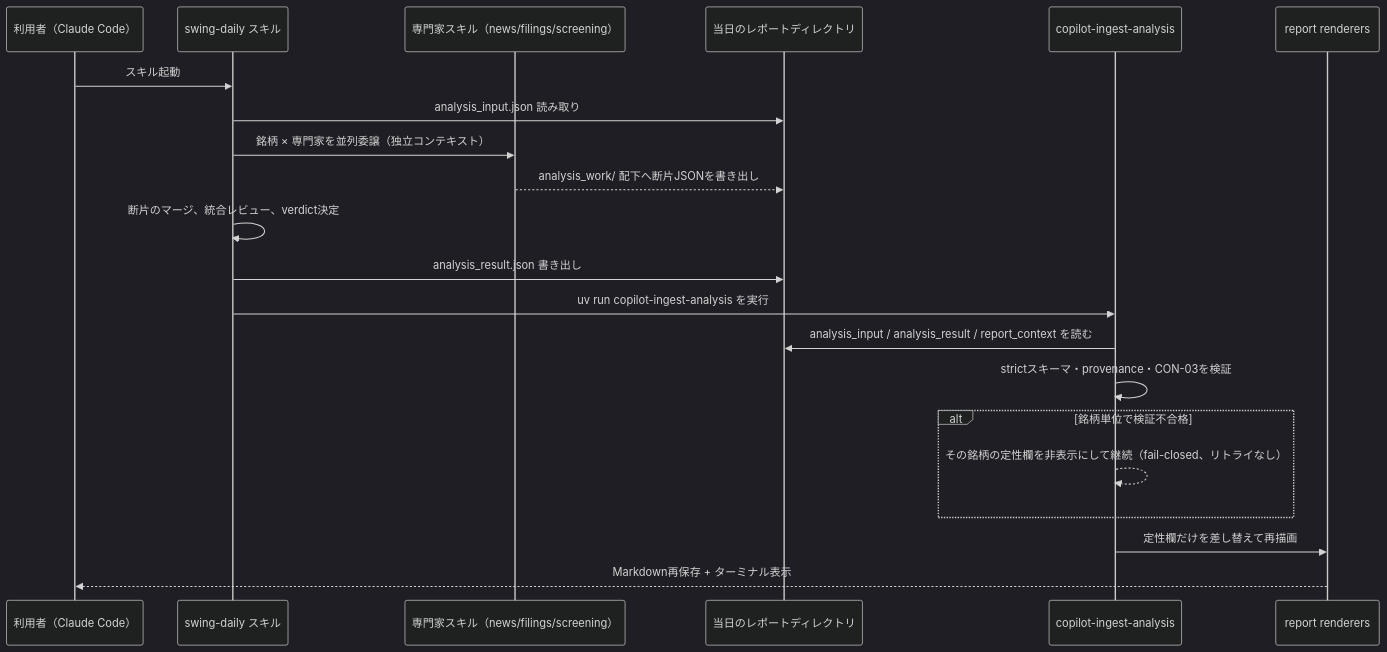
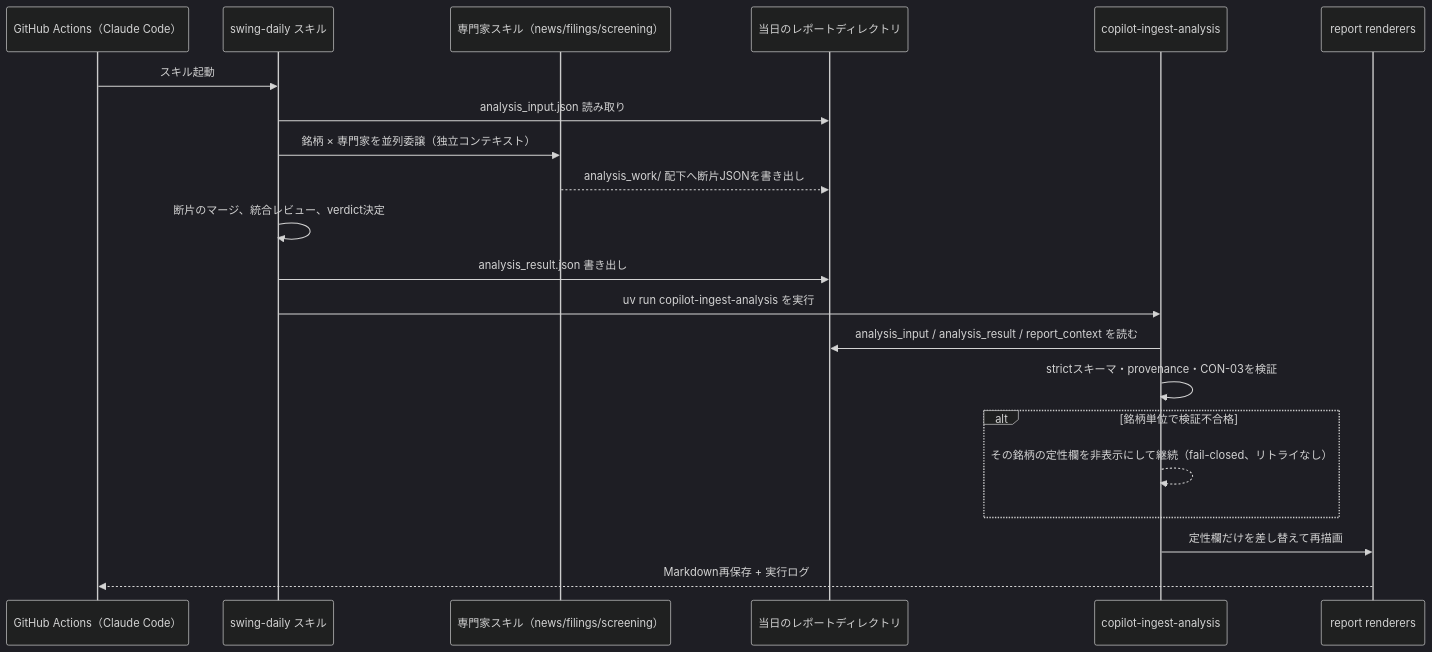
Before and after one commit to tomada1114/swing-copilot: the third of 3 diagrams in docs/03_basic_design.md, drawn with Mermaid (dark theme). The commit also changed other lines of this file and 16 other files, not shown here.

````diff
--- a/docs/03_basic_design.md
+++ b/docs/03_basic_design.md
@@ -238,24 +240,24 @@
 ```mermaid
 sequenceDiagram
-    participant Human as 利用者（Claude Code）
+    participant CI as GitHub Actions（Claude Code）
     participant SK as swing-daily スキル
     participant EX as 専門家スキル（news/filings/screening）
     participant FS as 当日のレポートディレクトリ
     participant IN as copilot-ingest-analysis
     participant OUT as report renderers
 
-    Human->>SK: スキル起動
+    CI->>SK: スキル起動
     SK->>FS: analysis_input.json 読み取り
     SK->>EX: 銘柄 × 専門家を並列委譲（独立コンテキスト）
     EX-->>FS: analysis_work/ 配下へ断片JSONを書き出し
     SK->>SK: 断片のマージ、統合レビュー、verdict決定
     SK->>FS: analysis_result.json 書き出し
     SK->>IN: uv run copilot-ingest-analysis を実行
     IN->>FS: analysis_input / analysis_result / report_context を読む
     IN->>IN: strictスキーマ・provenance・CON-03を検証
     alt 銘柄単位で検証不合格
         IN-->>IN: その銘柄の定性欄を非表示にして継続（fail-closed、リトライなし）
     end
     IN->>OUT: 定性欄だけを差し替えて再描画
-    OUT-->>Human: Markdown再保存 + ターミナル表示
+    OUT-->>CI: Markdown再保存 + 実行ログ
 ```
````
